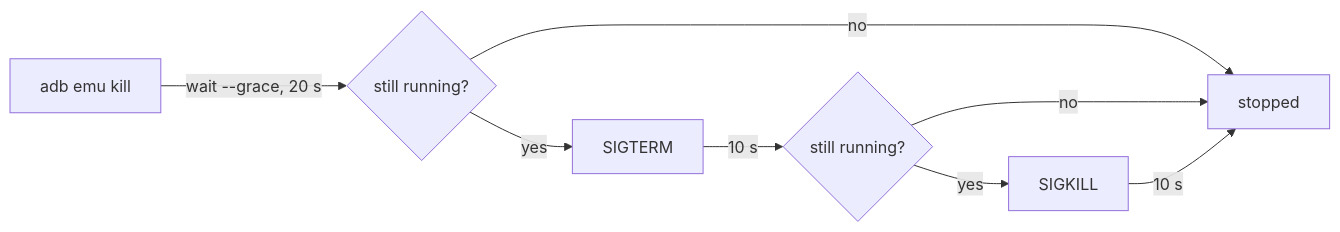
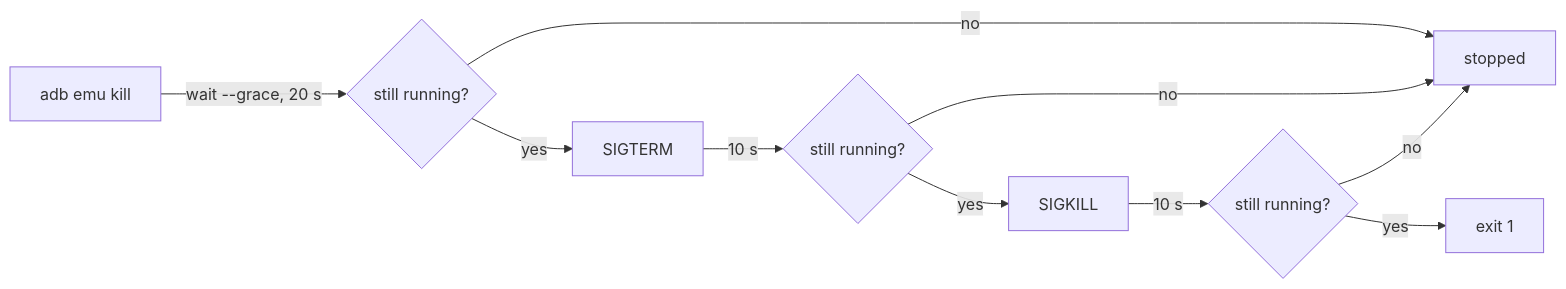
Before and after one commit to mohamadmussa/abgal: the second of 3 diagrams in docs/how-it-works.md, drawn with Mermaid. The commit also changed other lines of this file and 1 other file, not shown here.

````diff
--- a/docs/how-it-works.md
+++ b/docs/how-it-works.md
@@ -150,8 +155,10 @@
 ```mermaid
 flowchart LR
     A[adb emu kill] -->|wait --grace, 20 s| B{still running?}
     B -- no --> Z[stopped]
     B -- yes --> C[SIGTERM] -->|10 s| D{still running?}
     D -- no --> Z
-    D -- yes --> E[SIGKILL] -->|10 s| Z
+    D -- yes --> E[SIGKILL] -->|10 s| F{still running?}
+    F -- no --> Z
+    F -- yes --> X[exit 1]
 ```
````
